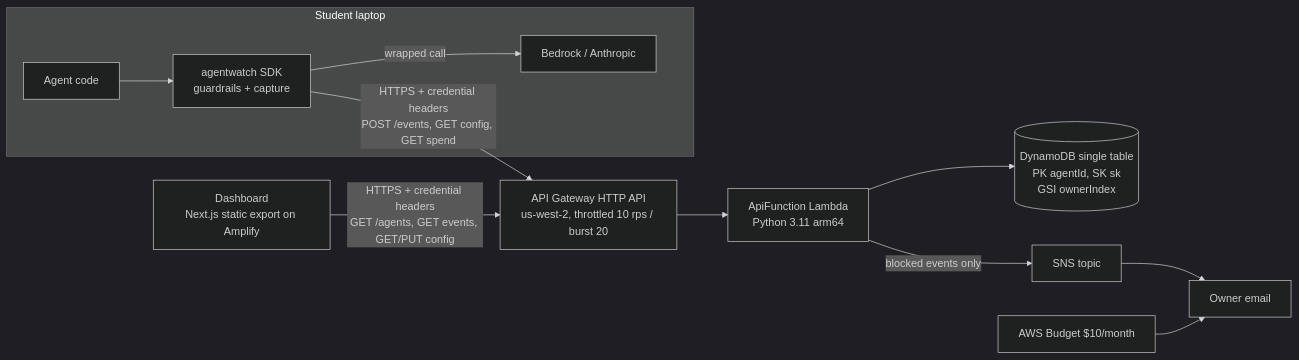
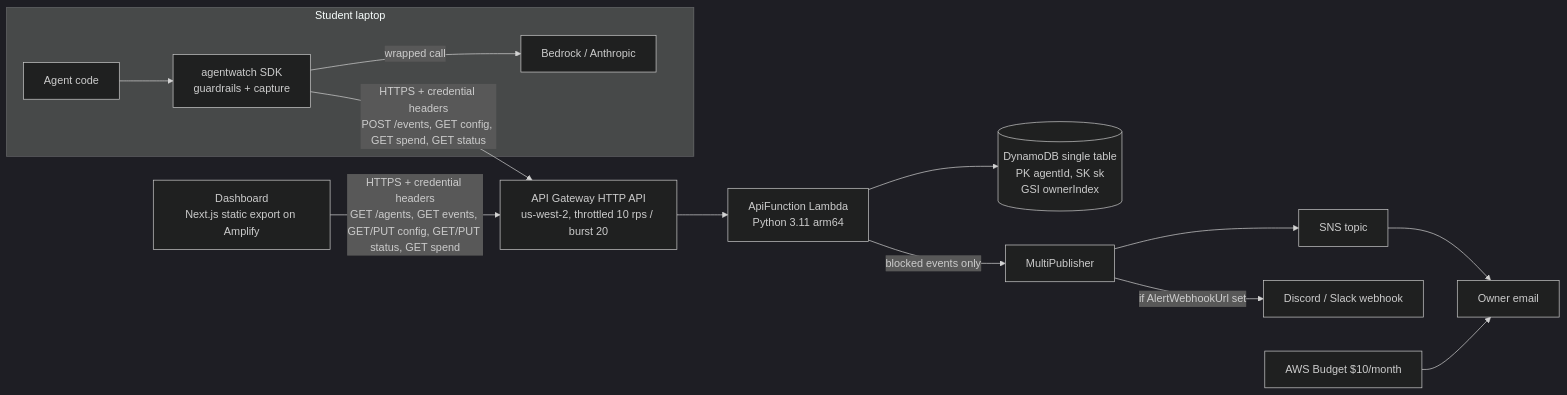
One commit to TejaswiErattu/agent-watch changed the first of 2 diagrams in docs/ARCHITECTURE.md. Above: the diagram before and after it, drawn with Mermaid (dark theme). The commit also changed other lines of this file and 5 other files, not shown here.

First line of the commit message:
feat(docs): v2 README, architecture, submission

````diff
--- a/docs/ARCHITECTURE.md
+++ b/docs/ARCHITECTURE.md
@@ -5,13 +5,15 @@
 ```mermaid
 flowchart LR
   subgraph Host["Student laptop"]
     A[Agent code] --> SDK[agentwatch SDK<br/>guardrails + capture]
     SDK -->|wrapped call| LLM[Bedrock / Anthropic]
   end
-  SDK -->|HTTPS + credential headers<br/>POST /events, GET config, GET spend| APIGW[API Gateway HTTP API<br/>us-west-2, throttled 10 rps / burst 20]
-  Dash[Dashboard<br/>Next.js static export on Amplify] -->|HTTPS + credential headers<br/>GET /agents, GET events, GET/PUT config| APIGW
+  SDK -->|HTTPS + credential headers<br/>POST /events, GET config, GET spend, GET status| APIGW[API Gateway HTTP API<br/>us-west-2, throttled 10 rps / burst 20]
+  Dash[Dashboard<br/>Next.js static export on Amplify] -->|HTTPS + credential headers<br/>GET /agents, GET events, GET/PUT config, GET/PUT status, GET spend| APIGW
   APIGW --> L[ApiFunction Lambda<br/>Python 3.11 arm64]
   L --> DDB[(DynamoDB single table<br/>PK agentId, SK sk<br/>GSI ownerIndex)]
-  L -->|blocked events only| SNS[SNS topic] --> Mail[Owner email]
+  L -->|blocked events only| Fan[MultiPublisher]
+  Fan --> SNS[SNS topic] --> Mail[Owner email]
+  Fan -->|if AlertWebhookUrl set| Hook[Discord / Slack webhook]
   Budget[AWS Budget $10/month] --> Mail
 ```
````
